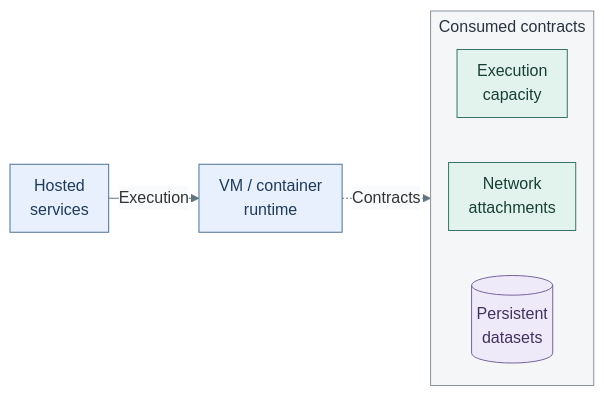
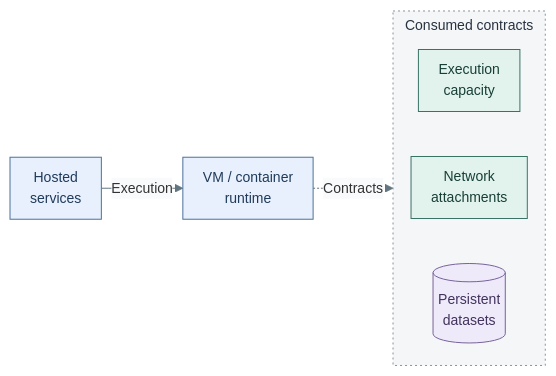
Before and after one commit to Rexus/homelab: the diagram in docs/01-architecture/04-hosting/README.md, drawn with Mermaid. The commit also changed 124 other files, not shown here.

First line of the commit message:
fix(platform): align service diagrams and directory failover

````diff
--- a/docs/01-architecture/04-hosting/README.md
+++ b/docs/01-architecture/04-hosting/README.md
@@ -12,25 +12,25 @@
 ```mermaid
-%%{init: {"theme":"base","flowchart":{"nodeSpacing":16,"rankSpacing":20,"padding":10,"subGraphTitleMargin":{"top":4,"bottom":12}},"themeVariables":{"lineColor":"#627581","edgeLabelBackground":"#f8fafc"}}}%%
+%%{init: {"theme":"base","flowchart":{"nodeSpacing":16,"rankSpacing":20,"padding":10,"subGraphTitleMargin":{"top":4,"bottom":12}},"themeVariables":{"lineColor":"#627581","edgeLabelBackground":"#f8fafc","fontFamily":"Arial, sans-serif","fontSize":"14px"},"fontFamily":"Arial, sans-serif"}}%%
 flowchart LR
   Services["Hosted<br/>services"]
   Runtime["VM / container<br/>runtime"]
   subgraph Contracts["Consumed contracts"]
     direction TB
     Hosts["Execution<br/>capacity"]
     Network["Network<br/>attachments"]
     Storage[("Persistent<br/>datasets")]
     Hosts ~~~ Network ~~~ Storage
   end
   Services -->|Execution| Runtime
   Runtime -. Contracts .-> Contracts
   classDef default fill:#f8fafc,stroke:#64748b,color:#1f2937
   classDef boundary fill:#eef2f6,stroke:#64748b,color:#1f2937
   classDef services fill:#e7f0fc,stroke:#4d719b,color:#203a5b
   classDef control fill:#e2f3ed,stroke:#397366,color:#173f36
   classDef data fill:#eeeafa,stroke:#78639b,color:#42325d
-  classDef group fill:#f5f6f7,stroke:#89939e,color:#273340
+  classDef group fill:#f5f6f7,stroke:#89939e,color:#273340,stroke-dasharray:2 3
   class Contracts group
   class Services,Runtime services
   class Hosts,Network control
   class Storage data
 ```
````
